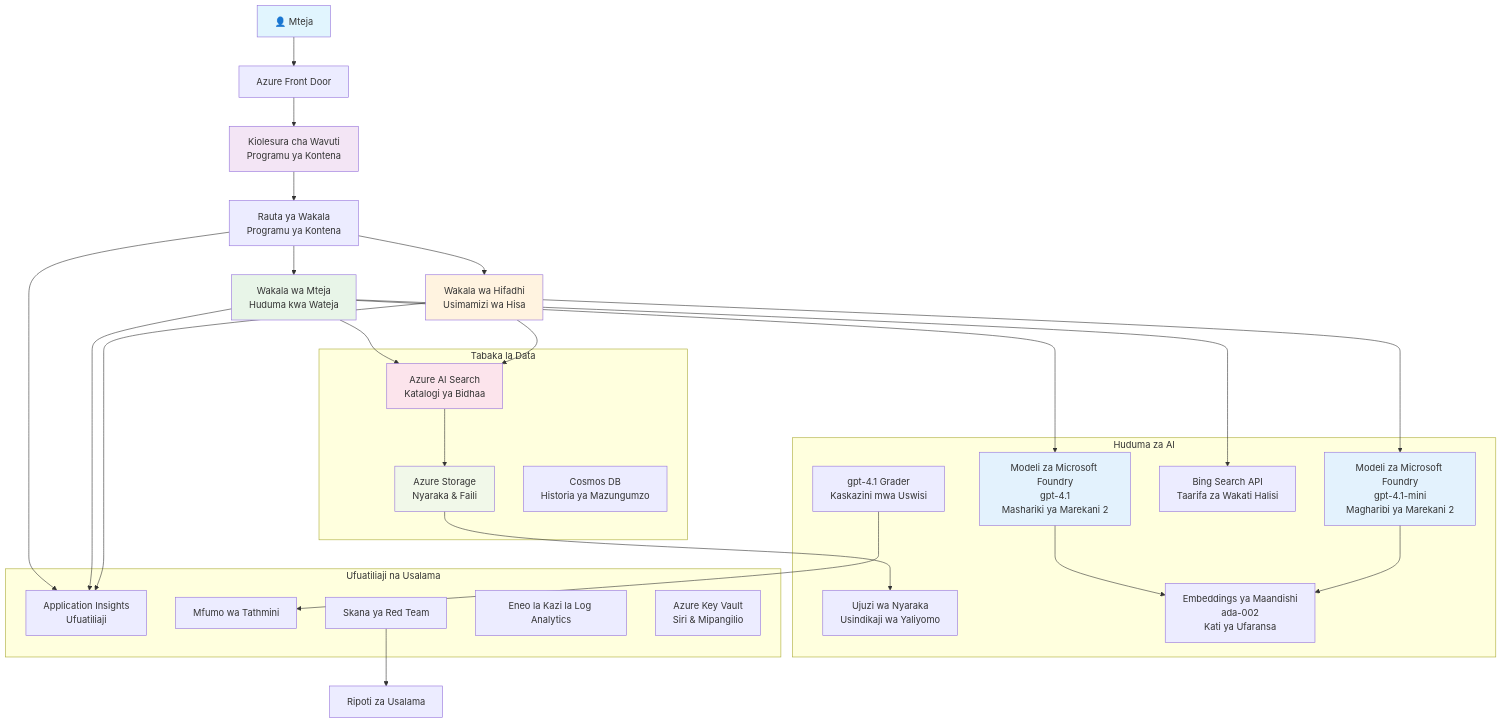
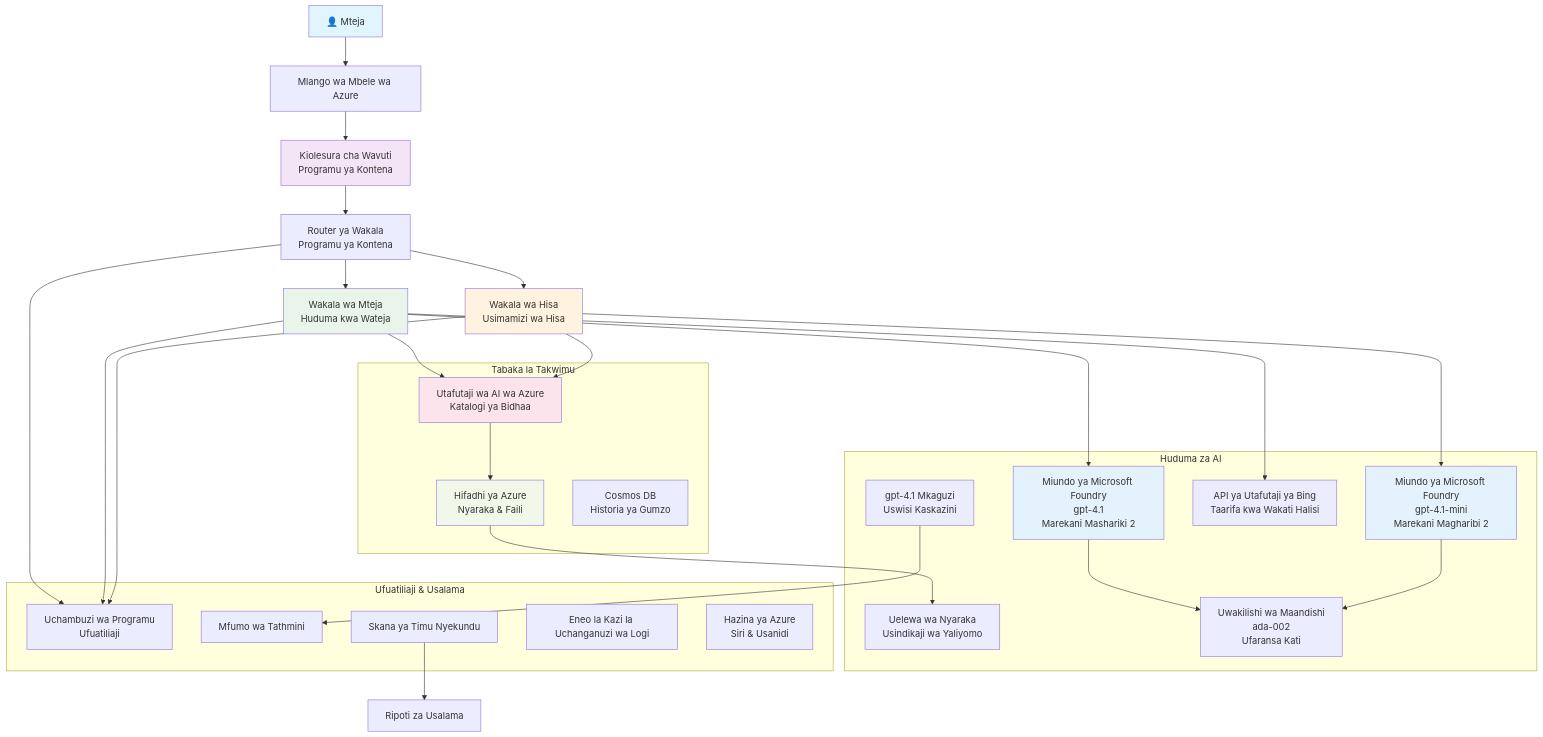
Before and after one commit to microsoft/AZD-for-beginners: the diagram in translations/sw/examples/retail-scenario.md, drawn with Mermaid. The commit also changed other lines of this file and 104 other files, not shown here.

````diff
--- a/translations/sw/examples/retail-scenario.md
+++ b/translations/sw/examples/retail-scenario.md
@@ -139,61 +139,61 @@
 ```mermaid
 graph TB
-    User[👤 Mteja] --> LB[Azure Front Door]
+    User[👤 Mteja] --> LB[Mlango wa Mbele wa Azure]
     LB --> WebApp[Kiolesura cha Wavuti<br/>Programu ya Kontena]
     
-    WebApp --> Router[Rauta ya Wakala<br/>Programu ya Kontena]
+    WebApp --> Router[Router ya Wakala<br/>Programu ya Kontena]
     Router --> CustomerAgent[Wakala wa Mteja<br/>Huduma kwa Wateja]
-    Router --> InvAgent[Wakala wa Hifadhi<br/>Usimamizi wa Hisa]
+    Router --> InvAgent[Wakala wa Hisa<br/>Usimamizi wa Hisa]
     
-    CustomerAgent --> OpenAI1[Modeli za Microsoft Foundry<br/>gpt-4.1<br/>Mashariki ya Marekani 2]
-    InvAgent --> OpenAI2[Modeli za Microsoft Foundry<br/>gpt-4.1-mini<br/>Magharibi ya Marekani 2]
+    CustomerAgent --> OpenAI1[Miundo ya Microsoft Foundry<br/>gpt-4.1<br/>Marekani Mashariki 2]
+    InvAgent --> OpenAI2[Miundo ya Microsoft Foundry<br/>gpt-4.1-mini<br/>Marekani Magharibi 2]
     
-    CustomerAgent --> AISearch[Azure AI Search<br/>Katalogi ya Bidhaa]
-    CustomerAgent --> BingSearch[Bing Search API<br/>Taarifa za Wakati Halisi]
+    CustomerAgent --> AISearch[Utafutaji wa AI wa Azure<br/>Katalogi ya Bidhaa]
+    CustomerAgent --> BingSearch[API ya Utafutaji ya Bing<br/>Taarifa kwa Wakati Halisi]
     InvAgent --> AISearch
     
-    AISearch --> Storage[Azure Storage<br/>Nyaraka & Faili]
-    Storage --> DocIntel[Ujuzi wa Nyaraka<br/>Usindikaji wa Yaliyomo]
+    AISearch --> Storage[Hifadhi ya Azure<br/>Nyaraka & Faili]
+    Storage --> DocIntel[Uelewa wa Nyaraka<br/>Usindikaji wa Yaliyomo]
     
-    OpenAI1 --> Embeddings[Embeddings ya Maandishi<br/>ada-002<br/>Kati ya Ufaransa]
+    OpenAI1 --> Embeddings[Uwakilishi wa Maandishi<br/>ada-002<br/>Ufaransa Kati]
     OpenAI2 --> Embeddings
     
-    Router --> AppInsights[Application Insights<br/>Ufuatiliaji]
+    Router --> AppInsights[Uchambuzi wa Programu<br/>Ufuatiliaji]
     CustomerAgent --> AppInsights
     InvAgent --> AppInsights
     
-    GraderModel[gpt-4.1 Grader<br/>Kaskazini mwa Uswisi] --> Evaluation[Mfumo wa Tathmini]
-    RedTeam[Skana ya Red Team] --> SecurityReports[Ripoti za Usalama]
+    GraderModel[gpt-4.1 Mkaguzi<br/>Uswisi Kaskazini] --> Evaluation[Mfumo wa Tathmini]
+    RedTeam[Skana ya Timu Nyekundu] --> SecurityReports[Ripoti za Usalama]
     
-    subgraph "Tabaka la Data"
+    subgraph "Tabaka la Takwimu"
         Storage
         AISearch
-        CosmosDB[Cosmos DB<br/>Historia ya Mazungumzo]
+        CosmosDB[Cosmos DB<br/>Historia ya Gumzo]
     end
     
     subgraph "Huduma za AI"
         OpenAI1
         OpenAI2
         Embeddings
         GraderModel
         DocIntel
         BingSearch
     end
     
-    subgraph "Ufuatiliaji na Usalama"
+    subgraph "Ufuatiliaji & Usalama"
         AppInsights
-        LogAnalytics[Eneo la Kazi la Log Analytics]
-        KeyVault[Azure Key Vault<br/>Siri & Mipangilio]
+        LogAnalytics[Eneo la Kazi la Uchanganuzi wa Logi]
+        KeyVault[Hazina ya Azure<br/>Siri & Usanidi]
         RedTeam
         Evaluation
     end
     
     style User fill:#e1f5fe
     style WebApp fill:#f3e5f5
     style CustomerAgent fill:#e8f5e8
     style InvAgent fill:#fff3e0
     style OpenAI1 fill:#e3f2fd
     style OpenAI2 fill:#e3f2fd
     style AISearch fill:#fce4ec
     style Storage fill:#f1f8e9
 ```
````
